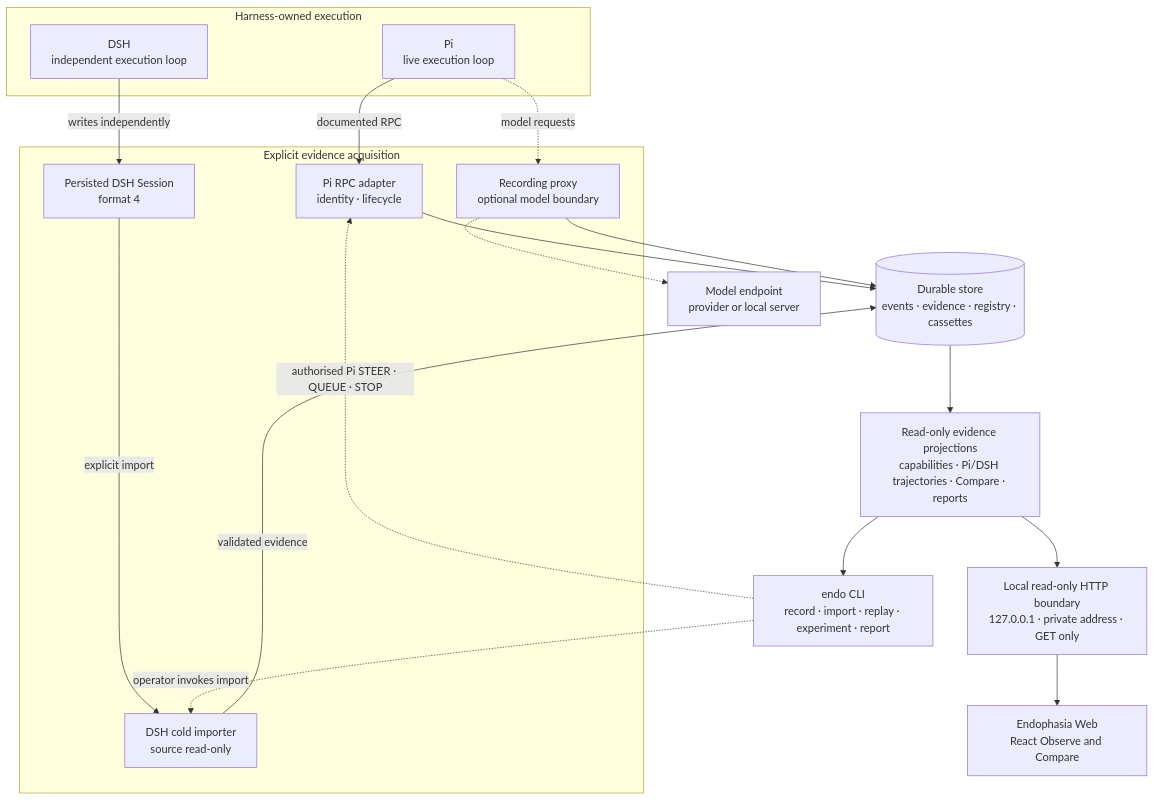
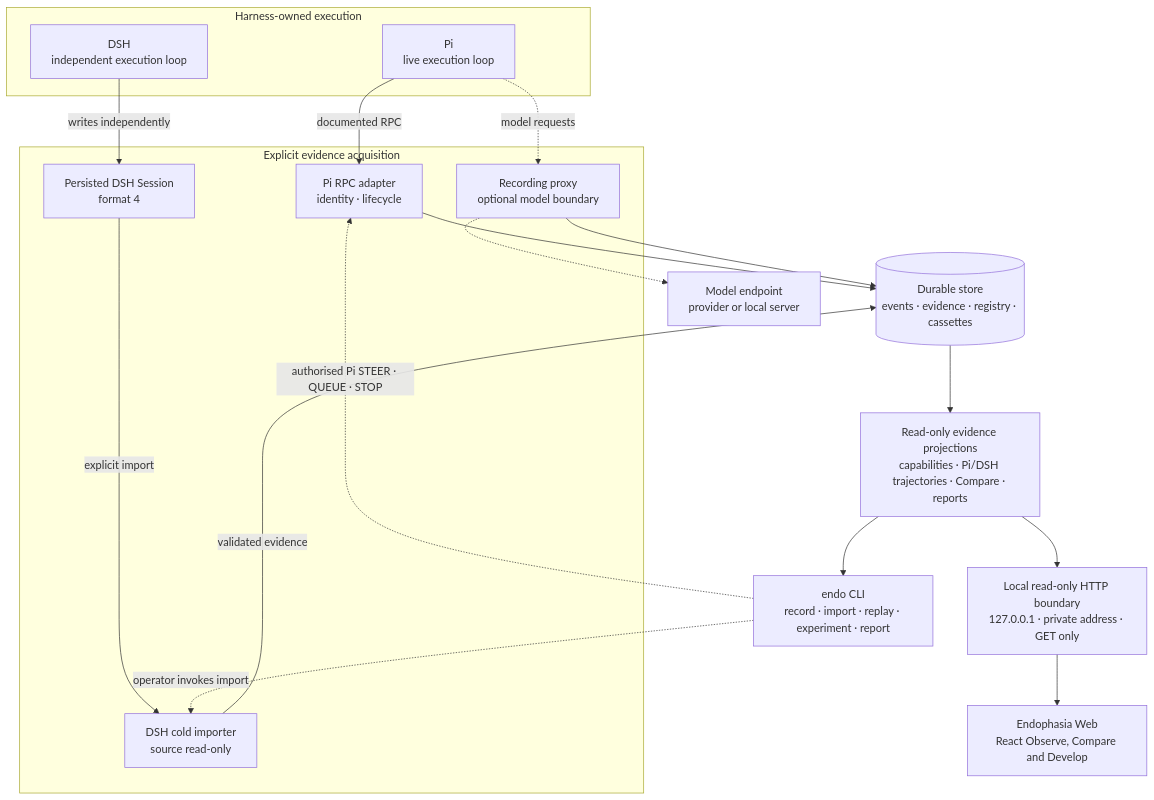
One commit to noctem-o/endophasia changed the first of 2 diagrams in README.md. Above: the diagram before and after it, drawn with Mermaid. The commit also changed other lines of this file and 35 other files, not shown here.

```diff
--- a/README.md
+++ b/README.md
@@ -238,34 +238,34 @@
 ~~~mermaid
 flowchart TB
     subgraph native["Harness-owned execution"]
         H["Pi<br/>live execution loop"]
         D["DSH<br/>independent execution loop"]
     end
     subgraph acquisition["Explicit evidence acquisition"]
         A["Pi RPC adapter<br/>identity · lifecycle"]
         X["Recording proxy<br/>optional model boundary"]
         L["Persisted DSH Session<br/>format 4"]
         I["DSH cold importer<br/>source read-only"]
     end
     M["Model endpoint<br/>provider or local server"]
     S[("Durable store<br/>events · evidence · registry · cassettes")]
     V["Read-only evidence projections<br/>capabilities · Pi/DSH trajectories · Compare · reports"]
     C["endo CLI<br/>record · import · replay · experiment · report"]
     N["Local read-only HTTP boundary<br/>127.0.0.1 · private address · GET only"]
-    U["Endophasia Web<br/>React Observe and Compare"]
+    U["Endophasia Web<br/>React Observe, Compare and Develop"]
 
     H -->|"documented RPC"| A
     H -.->|"model requests"| X
     X -.-> M
     D -->|"writes independently"| L
     L -->|"explicit import"| I
     A --> S
     X --> S
     I -->|"validated evidence"| S
     S --> V
     V --> C
     V --> N
     N --> U
     C -.->|"authorised Pi STEER · QUEUE · STOP"| A
     C -.->|"operator invokes import"| I
 ~~~
```
